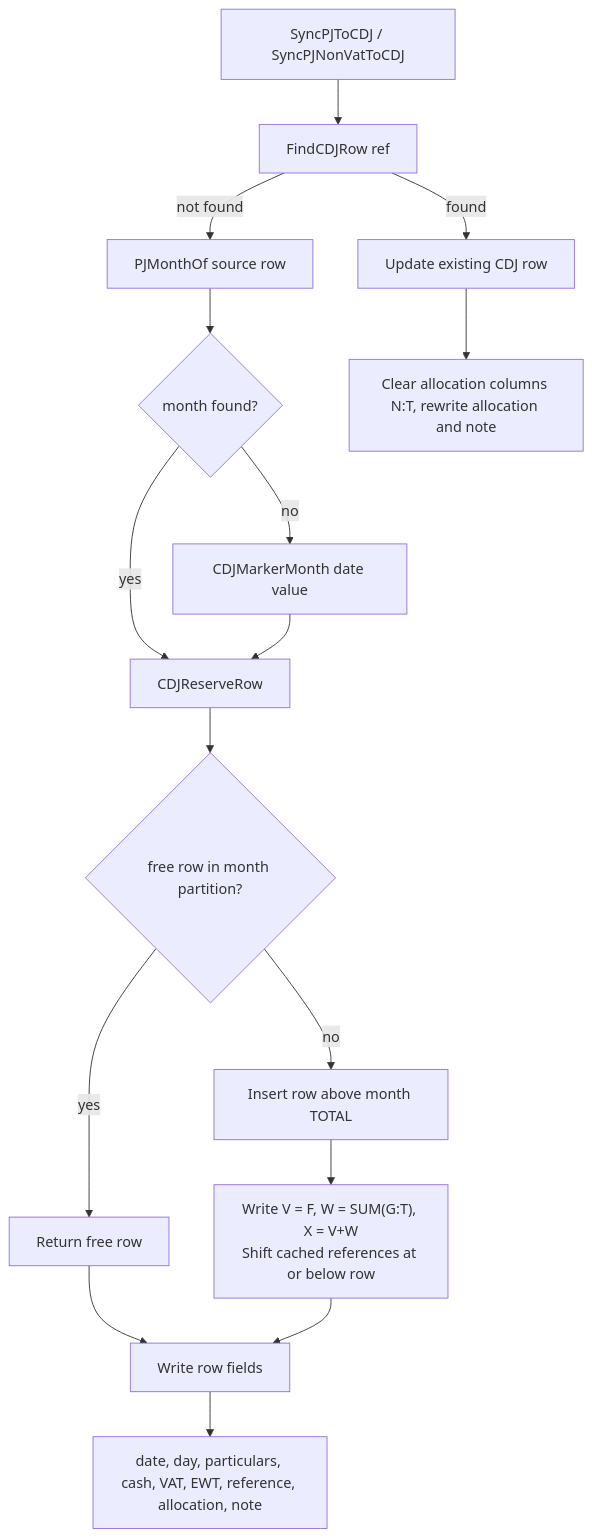
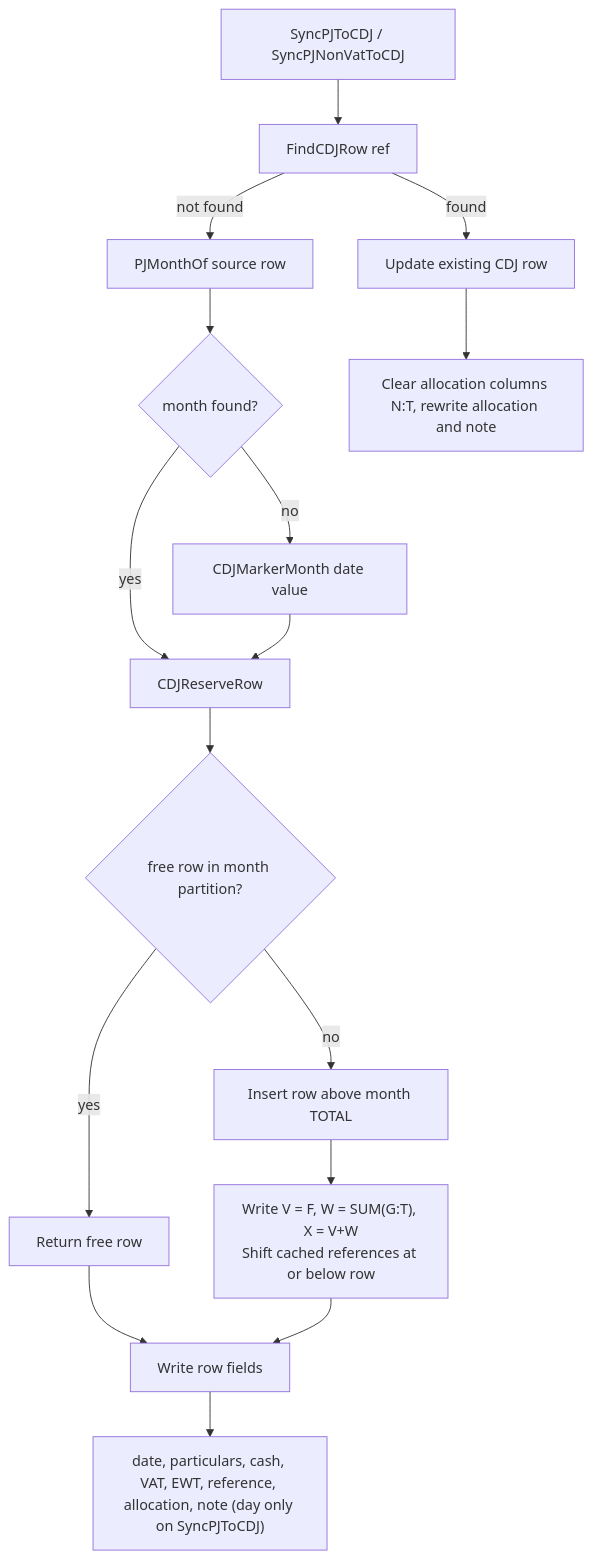
Before and after one commit to vitrixLab/jm-gs-vba-macro-v2: the fourth of 22 diagrams in VBA_CODE_FLOW.md, drawn with Mermaid. The commit also changed other lines of this file, not shown here.

````diff
--- a/VBA_CODE_FLOW.md
+++ b/VBA_CODE_FLOW.md
@@ -193,18 +193,18 @@
 ```mermaid
 flowchart TD
     A["SyncPJToCDJ / SyncPJNonVatToCDJ"] --> B["FindCDJRow ref"]
     B -->|found| C["Update existing CDJ row"]
     B -->|not found| D["PJMonthOf source row"]
     D --> E{"month found?"}
     E -->|no| F["CDJMarkerMonth date value"]
     E -->|yes| G["CDJReserveRow"]
     F --> G
     G --> H{"free row in month partition?"}
     H -->|yes| I["Return free row"]
     H -->|no| J["Insert row above month TOTAL"]
     J --> K["Write V = F, W = SUM(G:T), X = V+W<br/>Shift cached references at or below row"]
     I --> L["Write row fields"]
     K --> L
-    L --> M["date, day, particulars, cash, VAT, EWT, reference, allocation, note"]
+    L --> M["date, particulars, cash, VAT, EWT, reference, allocation, note (day only on SyncPJToCDJ)"]
     C --> N["Clear allocation columns N:T, rewrite allocation and note"]
 ```
````
